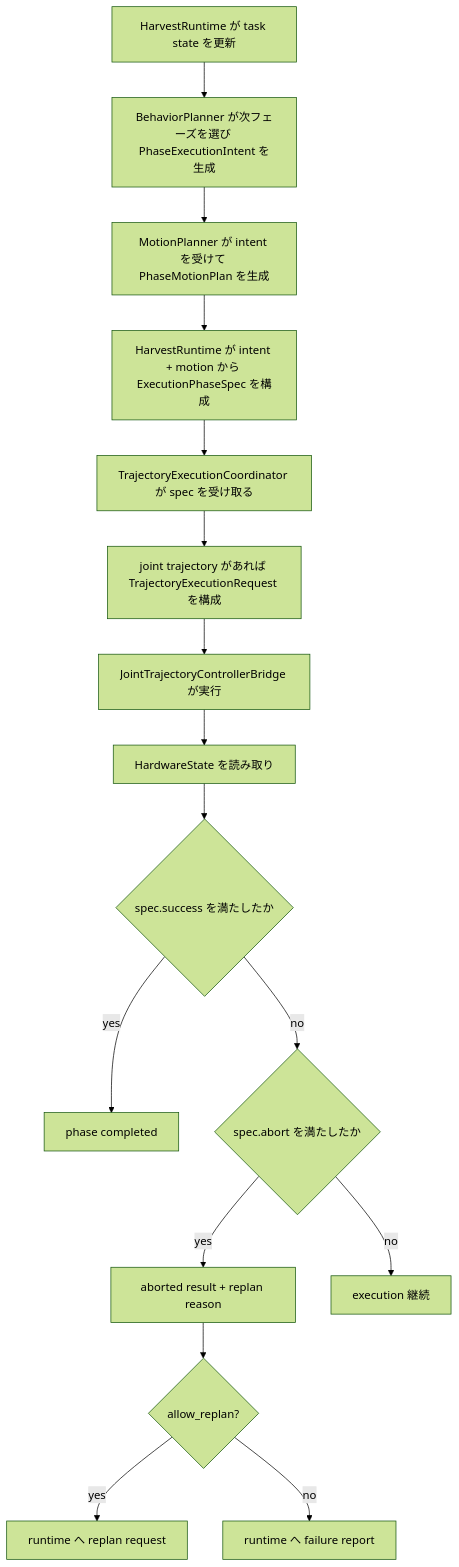
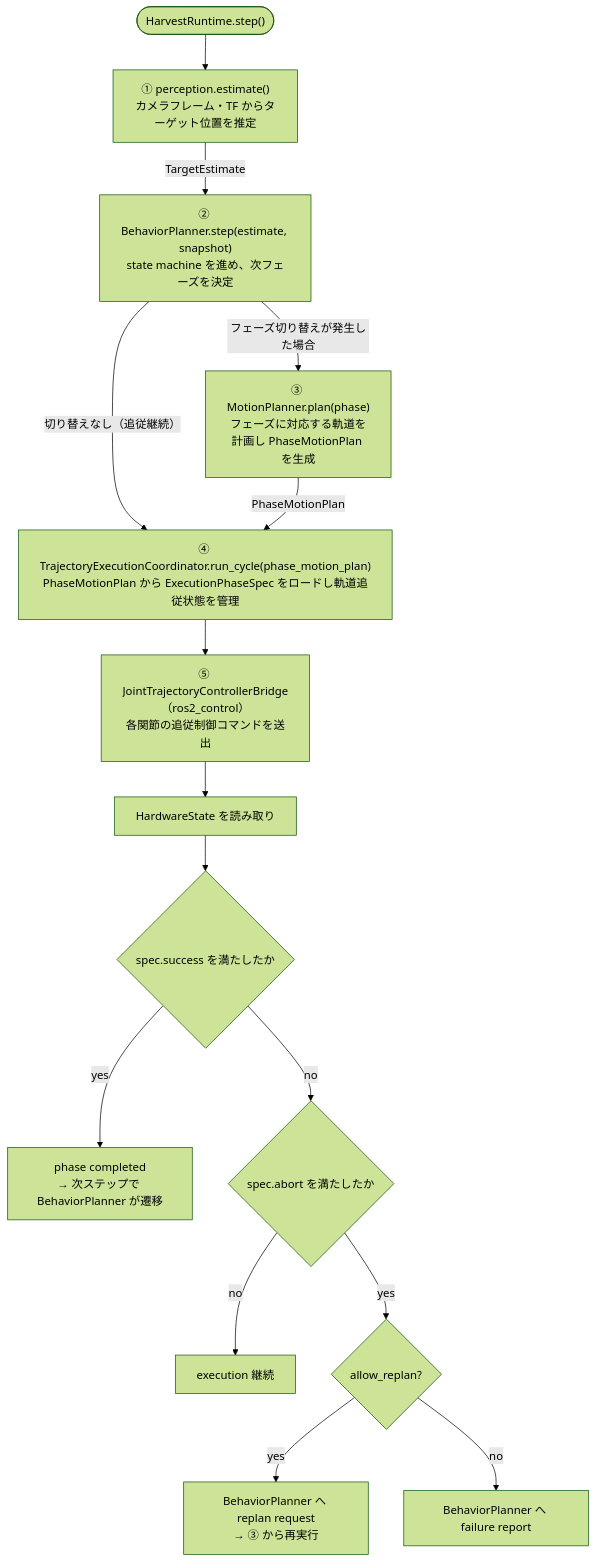
The second of 2 diagrams in src/tomato_harvest_sim/robot/docs/CENTRALIZED_PHASE_EXECUTION_POLICY.md (akodama428/trial_issac_sim), drawn with Mermaid (forest theme) before and after one commit. The commit also changed other lines of this file and 22 other files, not shown here.

````diff
--- a/src/tomato_harvest_sim/robot/docs/CENTRALIZED_PHASE_EXECUTION_POLICY.md
+++ b/src/tomato_harvest_sim/robot/docs/CENTRALIZED_PHASE_EXECUTION_POLICY.md
@@ -365,18 +382,32 @@
 ```mermaid
 flowchart TD
-  A["HarvestRuntime が task state を更新"] --> B["BehaviorPlanner が次フェーズを選び PhaseExecutionIntent を生成"]
-  B --> C["MotionPlanner が intent を受けて PhaseMotionPlan を生成"]
-  C --> D["HarvestRuntime が intent + motion から ExecutionPhaseSpec を構成"]
-  D --> E["TrajectoryExecutionCoordinator が spec を受け取る"]
-  E --> F["joint trajectory があれば TrajectoryExecutionRequest を構成"]
-  F --> G["JointTrajectoryControllerBridge が実行"]
-  G --> H["HardwareState を読み取り"]
-  H --> I{"spec.success を満たしたか"}
-  I -->|yes| J["phase completed"]
-  I -->|no| K{"spec.abort を満たしたか"}
-  K -->|yes| L["aborted result + replan reason"]
-  K -->|no| M["execution 継続"]
-  L --> N{"allow_replan?"}
-  N -->|yes| O["runtime へ replan request"]
-  N -->|no| P["runtime へ failure report"]
+  START(["HarvestRuntime.step()"])
+  START --> S1
+
+  S1["① perception.estimate()\nカメラフレーム・TF からターゲット位置を推定"]
+  S1 -- "TargetEstimate" --> S2
+
+  S2["② BehaviorPlanner.step(estimate, snapshot)\nstate machine を進め、次フェーズを決定"]
+  S2 -- "フェーズ切り替えが発生した場合" --> S3
+  S2 -- "切り替えなし（追従継続）" --> S4
+
+  S3["③ MotionPlanner.plan(phase)\nフェーズに対応する軌道を計画し PhaseMotionPlan を生成"]
+  S3 -- "PhaseMotionPlan" --> S4
+
+  S4["④ TrajectoryExecutionCoordinator.run_cycle(phase_motion_plan)\nPhaseMotionPlan から ExecutionPhaseSpec をロードし軌道追従状態を管理"]
+  S4 --> S5
+
+  S5["⑤ JointTrajectoryControllerBridge（ros2_control）\n各関節の追従制御コマンドを送出"]
+  S5 --> S6
+
+  S6["HardwareState を読み取り"]
+  S6 --> CHK
+
+  CHK{"spec.success を満たしたか"}
+  CHK -->|yes| OK["phase completed\n→ 次ステップで BehaviorPlanner が遷移"]
+  CHK -->|no| CHK2{"spec.abort を満たしたか"}
+  CHK2 -->|no| CONT["execution 継続"]
+  CHK2 -->|yes| CHK3{"allow_replan?"}
+  CHK3 -->|yes| REPLAN["BehaviorPlanner へ replan request\n→ ③ から再実行"]
+  CHK3 -->|no| FAIL["BehaviorPlanner へ failure report"]
 ```
````
